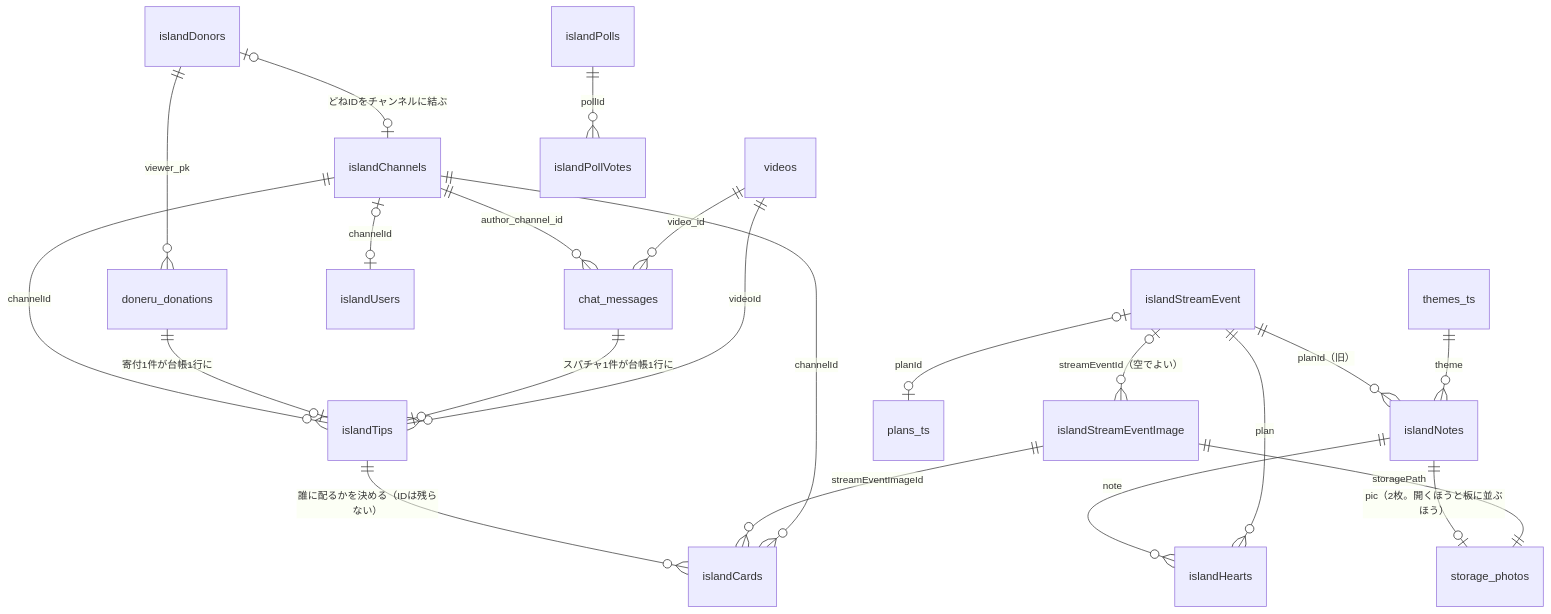
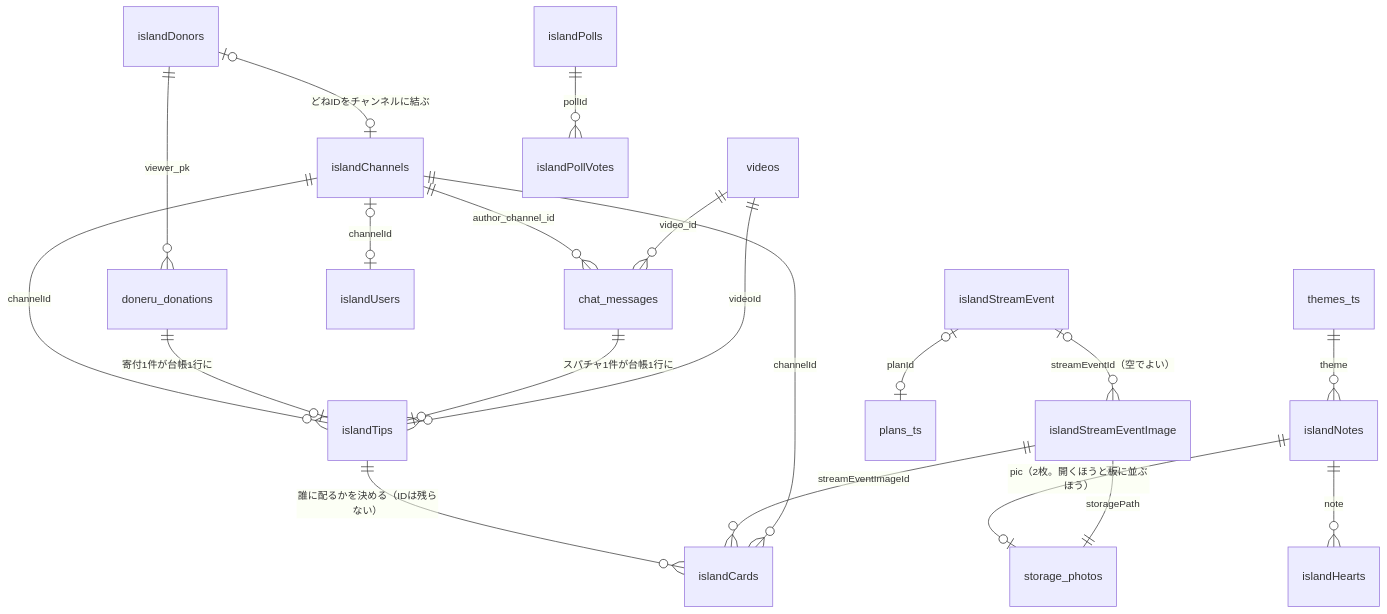
The first of 4 diagrams in docs/island-db.md (Ayato-kosaka/live-streaming), drawn with Mermaid before and after one commit. The commit also changed other lines of this file and 5 other files, not shown here.

````diff
--- a/docs/island-db.md
+++ b/docs/island-db.md
@@ -21,28 +21,26 @@
 ```mermaid
 erDiagram
     videos                 ||--o{ chat_messages          : "video_id"
     videos                 ||--o{ islandTips             : "videoId"
     chat_messages          ||--o| islandTips             : "スパチャ1件が台帳1行に"
     doneru_donations       ||--o| islandTips             : "寄付1件が台帳1行に"
 
     islandChannels         ||--o{ chat_messages          : "author_channel_id"
     islandChannels         ||--o{ islandTips             : "channelId"
     islandChannels         ||--o{ islandCards            : "channelId"
     islandChannels         |o--o| islandUsers            : "channelId"
     islandDonors           ||--o{ doneru_donations       : "viewer_pk"
     islandDonors           |o--o| islandChannels         : "どねIDをチャンネルに結ぶ"
 
     islandStreamEvent      |o--o{ islandStreamEventImage : "streamEventId（空でよい）"
-    islandStreamEvent      ||--o{ islandHearts           : "plan"
     islandStreamEvent      |o--o| plans_ts               : "planId"
     islandStreamEventImage ||--o{ islandCards            : "streamEventImageId"
     islandTips             ||--o{ islandCards            : "誰に配るかを決める（IDは残らない）"
     islandStreamEventImage ||--|| storage_photos         : "storagePath"
 
     themes_ts              ||--o{ islandNotes            : "theme"
-    islandStreamEvent      ||--o{ islandNotes            : "planId（旧）"
     islandNotes            ||--o{ islandHearts           : "note"
     islandNotes            ||--o| storage_photos         : "pic（2枚。開くほうと板に並ぶほう）"
 
     islandPolls            ||--o{ islandPollVotes        : "pollId"
 ```
````
